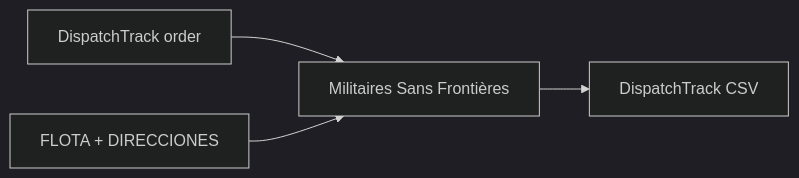
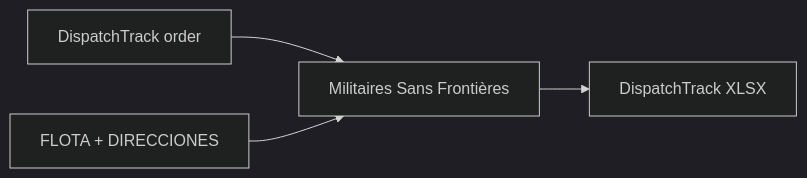
One commit to bryanzuniga-rappi/MOTHER_BASE changed the second of 4 diagrams in README.md. Above: the diagram before and after it, drawn with Mermaid (dark theme). The commit also changed other lines of this file and 3 other files, not shown here.

````diff
--- a/README.md
+++ b/README.md
@@ -115,6 +115,6 @@
 ```mermaid
 flowchart LR
     A["DispatchTrack order"] --> C["Militaires Sans Frontières"]
     B["FLOTA + DIRECCIONES"] --> C
-    C --> D["DispatchTrack CSV"]
+    C --> D["DispatchTrack XLSX"]
 ```
````
